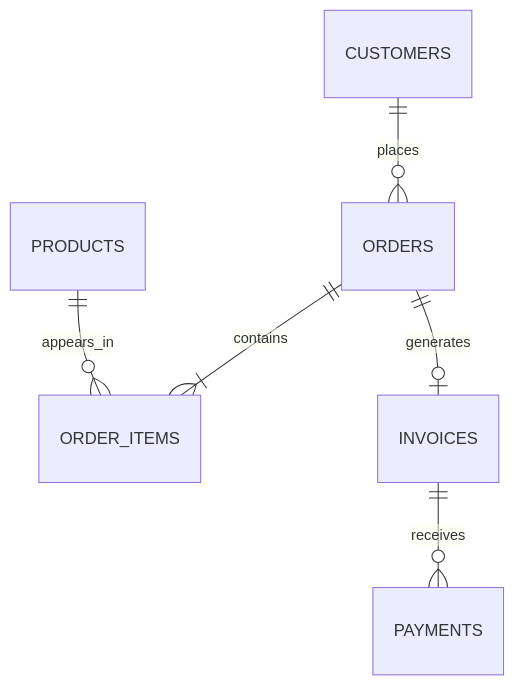
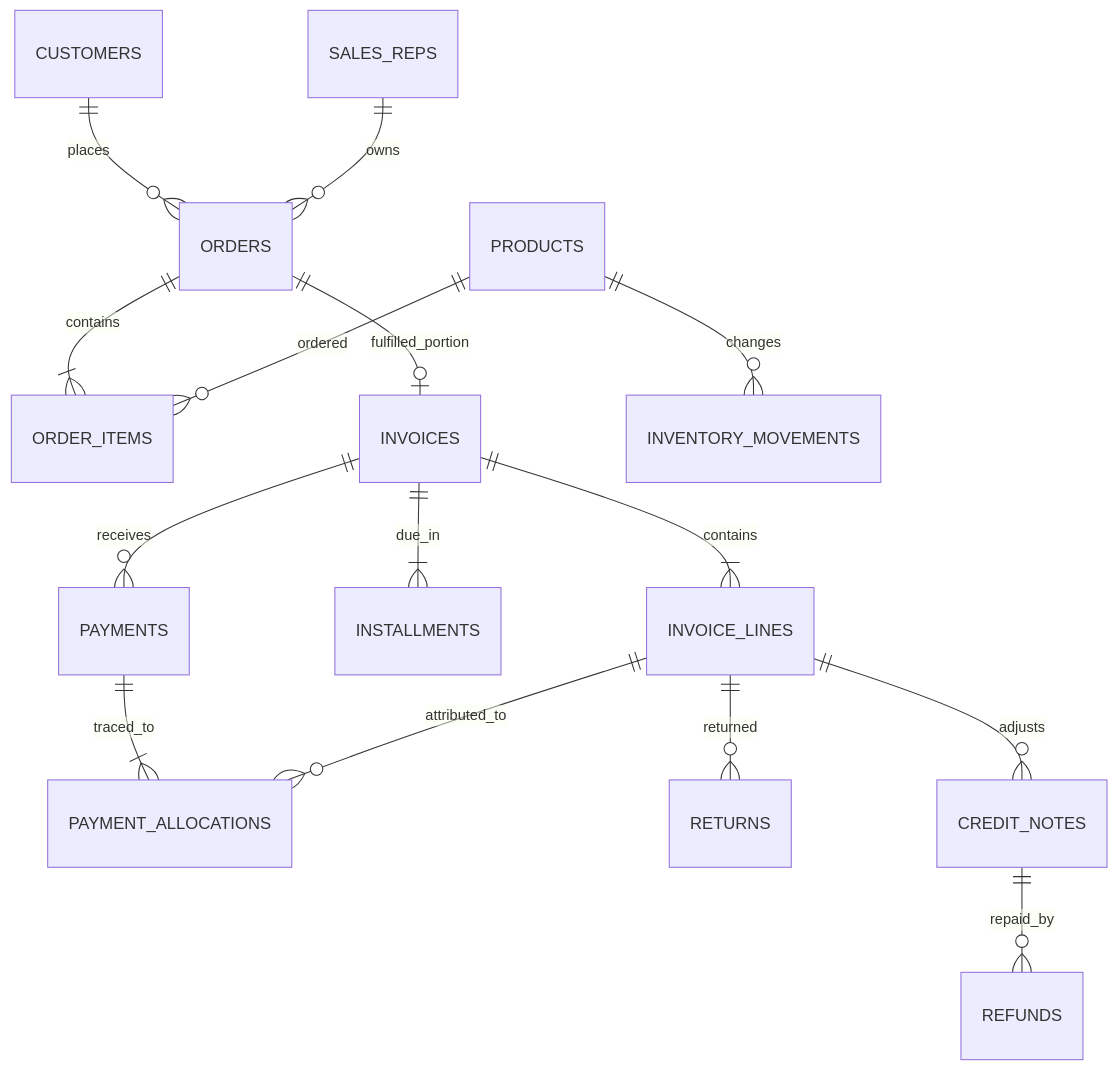
One commit to hmantovani/finance-sales-cockpit changed the diagram in docs/data-model.md. Above: the diagram before and after it, drawn with Mermaid. The commit also changed other lines of this file and 13 other files, not shown here.

````diff
--- a/docs/data-model.md
+++ b/docs/data-model.md
@@ -5,8 +5,17 @@
 ```mermaid
 erDiagram
   CUSTOMERS ||--o{ ORDERS : places
+  SALES_REPS ||--o{ ORDERS : owns
   ORDERS ||--|{ ORDER_ITEMS : contains
-  PRODUCTS ||--o{ ORDER_ITEMS : appears_in
-  ORDERS ||--o| INVOICES : generates
+  PRODUCTS ||--o{ ORDER_ITEMS : ordered
+  ORDERS ||--o| INVOICES : fulfilled_portion
+  INVOICES ||--|{ INVOICE_LINES : contains
+  INVOICES ||--|{ INSTALLMENTS : due_in
   INVOICES ||--o{ PAYMENTS : receives
+  PAYMENTS ||--|{ PAYMENT_ALLOCATIONS : traced_to
+  INVOICE_LINES ||--o{ PAYMENT_ALLOCATIONS : attributed_to
+  INVOICE_LINES ||--o{ RETURNS : returned
+  INVOICE_LINES ||--o{ CREDIT_NOTES : adjusts
+  CREDIT_NOTES ||--o{ REFUNDS : repaid_by
+  PRODUCTS ||--o{ INVENTORY_MOVEMENTS : changes
 ```
````
